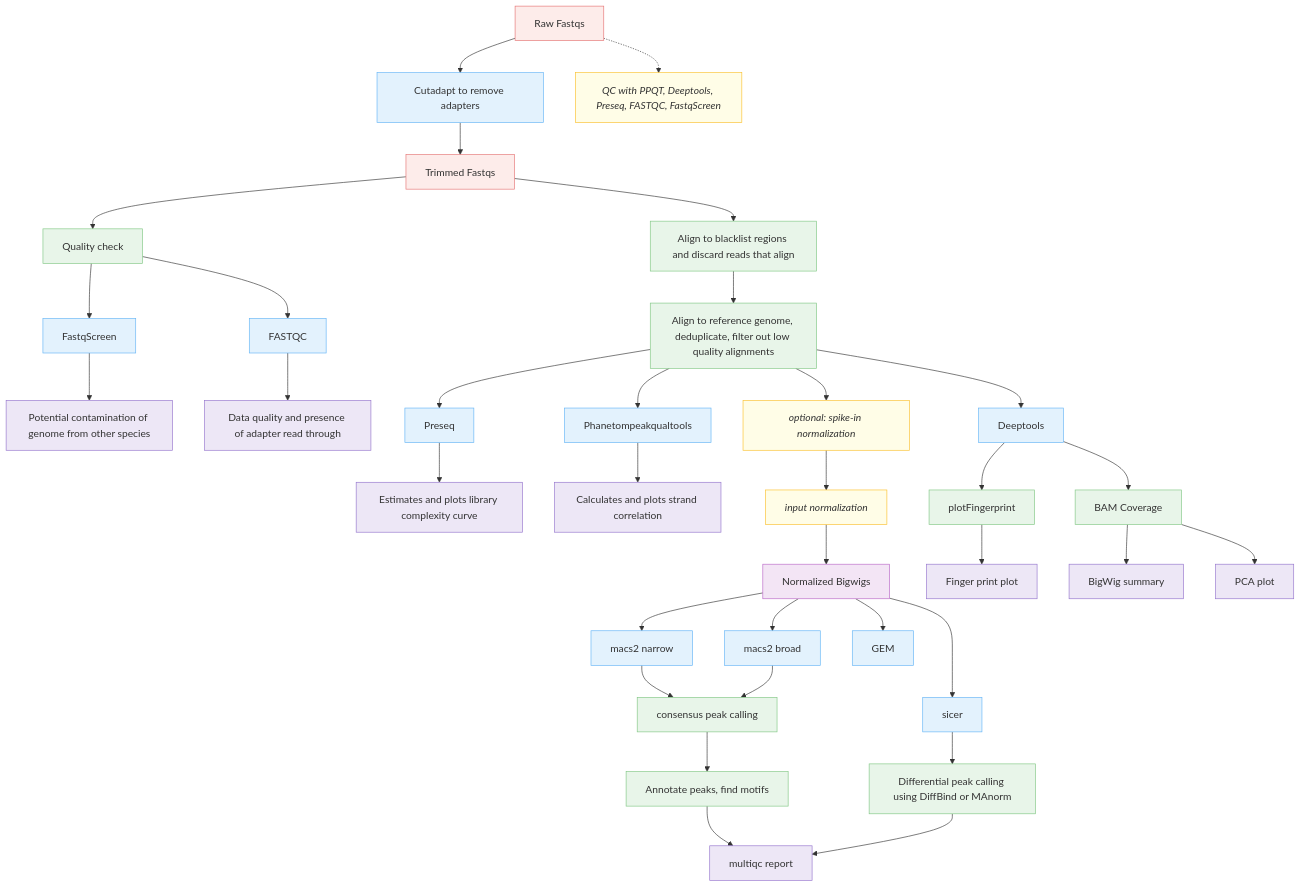
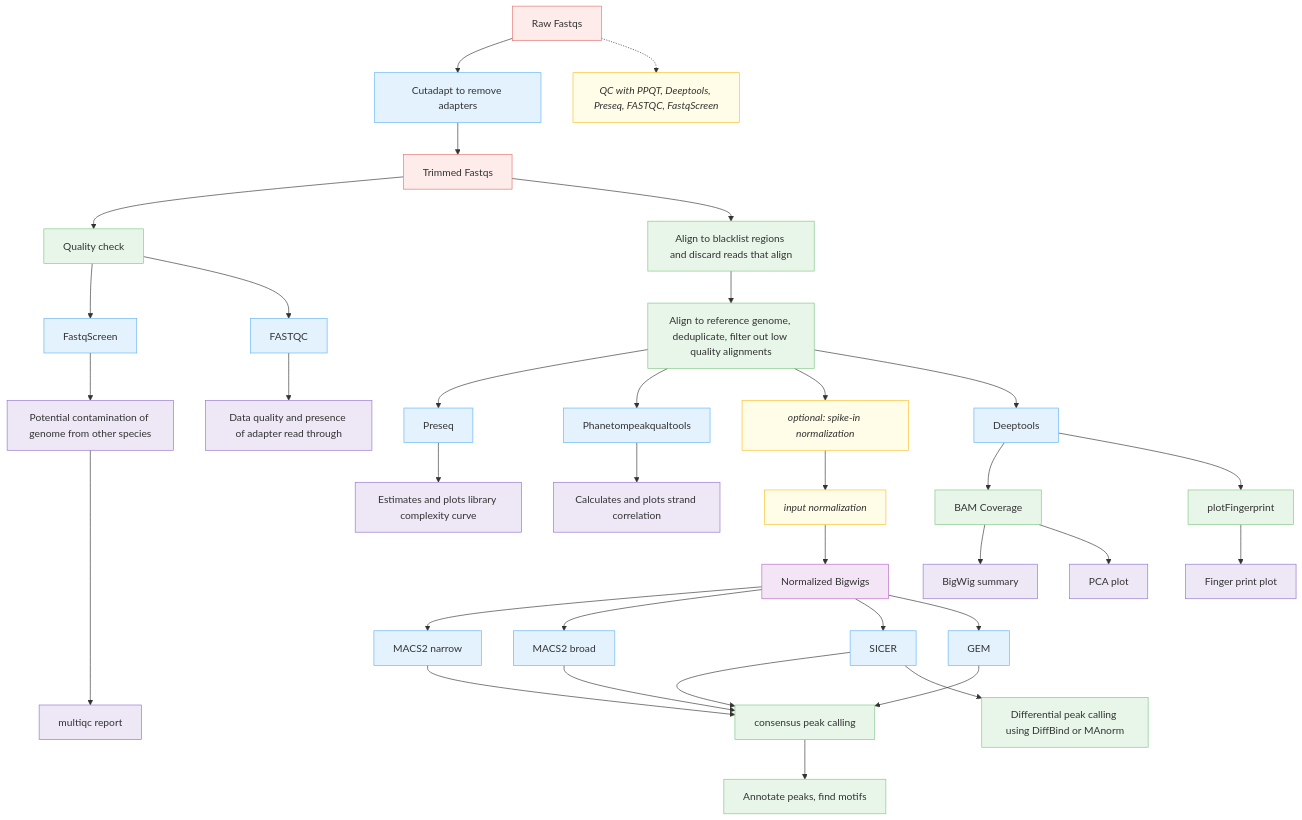
Before and after one commit to CCBR/CHAMPAGNE: the first of 2 diagrams in docs/diagram/index.md, drawn with Mermaid. The commit also changed other lines of this file, not shown here.

Commit message:
Another update.

````diff
--- a/docs/diagram/index.md
+++ b/docs/diagram/index.md
@@ -3,74 +3,79 @@
 ```mermaid
 
 flowchart TB
 
   %% Input
   %%Raw["Raw Fastqs"]:::input -->|Adapter trimming| Trimmed["Trimmed Fastqs"]:::input
   Raw["Raw Fastqs"]:::input --> Cleanup["Cutadapt to remove adapters"]:::tool
   Cleanup --> Trimmed["Trimmed Fastqs"]:::input
   %%Adapter trimming --> Trimmed["Trimmed Fastqs"]:::input
   Raw -.-> QCnote["QC with PPQT, Deeptools, Preseq, FASTQC, FastqScreen"]:::note
   %%Trimmed --> Cutadapt["cutadapt"]:::process
   %%Cutadapt --> Trimmed
 
   %% Quality Control
   Trimmed --> QC["Quality check"]:::process
   QC --> FastqScreen["FastqScreen"]:::tool
+  MultiQC["multiqc report"]:::output
   FastqScreen --> Contaminants["Potential contamination of genome from other species"]:::output
+  Contaminants -----> MultiQC
   QC --> FASTQC["FASTQC"]:::tool
   FASTQC --> QC_results["Data quality and presence of adapter read through"]:::output
   %%QC --> Phantom["Phantompeakqualtools"]:::tool
   %%QC --> Deeptools["Deeptools"]:::tool
 
   %% Blacklist filtering
   Trimmed --> Blacklist["Align to blacklist regions and discard reads that align"]:::process
 
   %% Preseq and alignment
   %%Align["Align to reference genome, deduplicate, filter out low quality alignments"]:::process --> Preseq["Preseq"]:::tool
   Blacklist --> Align["Align to reference genome, deduplicate, filter out low quality alignments"]:::process
   Align --> Preseq["Preseq"]:::tool
   Preseq --> Cc["Estimates and plots library complexity curve"]:::output
 
   %% Phantompeakqualtools and alignment
   Align --> Ppqt["Phanetompeakqualtools"]:::tool
   Ppqt --> Scc["Calculates and plots strand correlation"]:::output
 
   %% Spike-in normalization (optional)
   Align --> Spike["optional: spike-in normalization"]:::note
   Spike --> InputNorm["input normalization"]:::note
   InputNorm --> NormBigwigs["Normalized Bigwigs"]:::data
 
   %% Deeptools steps
   Align --> Deeptools2["Deeptools"]:::tool
   %%Deeptools2 --> Matrix["Compute matrix"]:::process
   Deeptools2 --> BAMcov["BAM Coverage"]:::process
   Deeptools2 --> Fingerprint["plotFingerprint"]:::process
   Fingerprint --> Fingerprintplot["Finger print plot"]:::output
 
   %%Matrix --> Heatmap["TSS profile plot and heatmap"]:::output
   BAMcov --> Bigwig["BigWig summary"]:::output
   BAMcov --> PCA["PCA plot"]:::output
   %%Matrix --> Correlation["Plot sample correlation"]:::output
 
   %% Peak calling
-  NormBigwigs --> MACS2narrow["macs2 narrow"]:::tool
-  NormBigwigs --> MACS2broad["macs2 broad"]:::tool
-  NormBigwigs --> SICER["sicer"]:::tool
+  NormBigwigs --> MACS2narrow["MACS2 narrow"]:::tool
+  NormBigwigs --> MACS2broad["MACS2 broad"]:::tool
+  NormBigwigs --> SICER["SICER"]:::tool
   NormBigwigs --> GEM["GEM"]:::tool
-
+  
   MACS2narrow --> Consensus["consensus peak calling"]:::process
   MACS2broad --> Consensus
+  GEM --> Consensus
+  SICER --> Consensus
+ 
   SICER --> Diffbind["Differential peak calling using DiffBind or MAnorm"]:::process
 
   Consensus --> Annotate["Annotate peaks, find motifs"]:::process
-  Annotate --> MultiQC["multiqc report"]:::output
-  Diffbind --> MultiQC
+  %%Annotate --> MultiQC["multiqc report"]:::output
+  %%Diffbind --> MultiQC
 
   %% Styles
   classDef input fill:#fdecea,stroke:#e57373,stroke-width:1px;
   classDef process fill:#e8f5e9,stroke:#81c784,stroke-width:1px;
   classDef tool fill:#e3f2fd,stroke:#64b5f6,stroke-width:1px;
   classDef note fill:#fffde7,stroke:#fbc02d,stroke-width:1px,font-style:italic;
   classDef output fill:#ede7f6,stroke:#9575cd,stroke-width:1px;
   classDef data fill:#f3e5f5,stroke:#ba68c8,stroke-width:1px;
 ```
````
